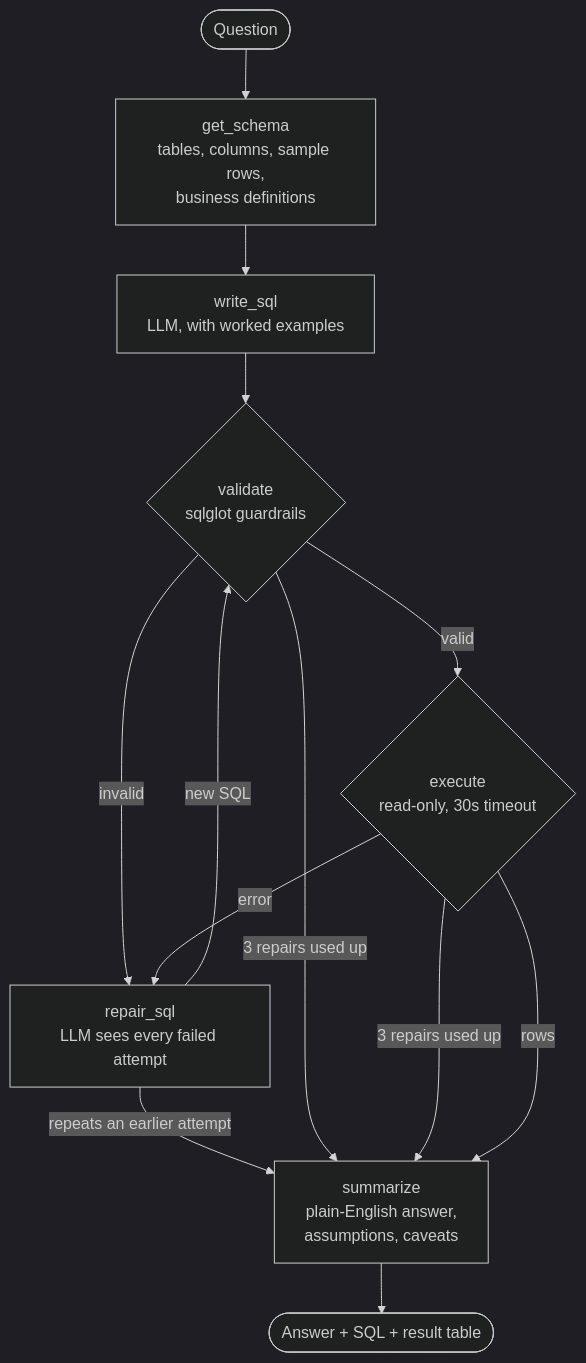
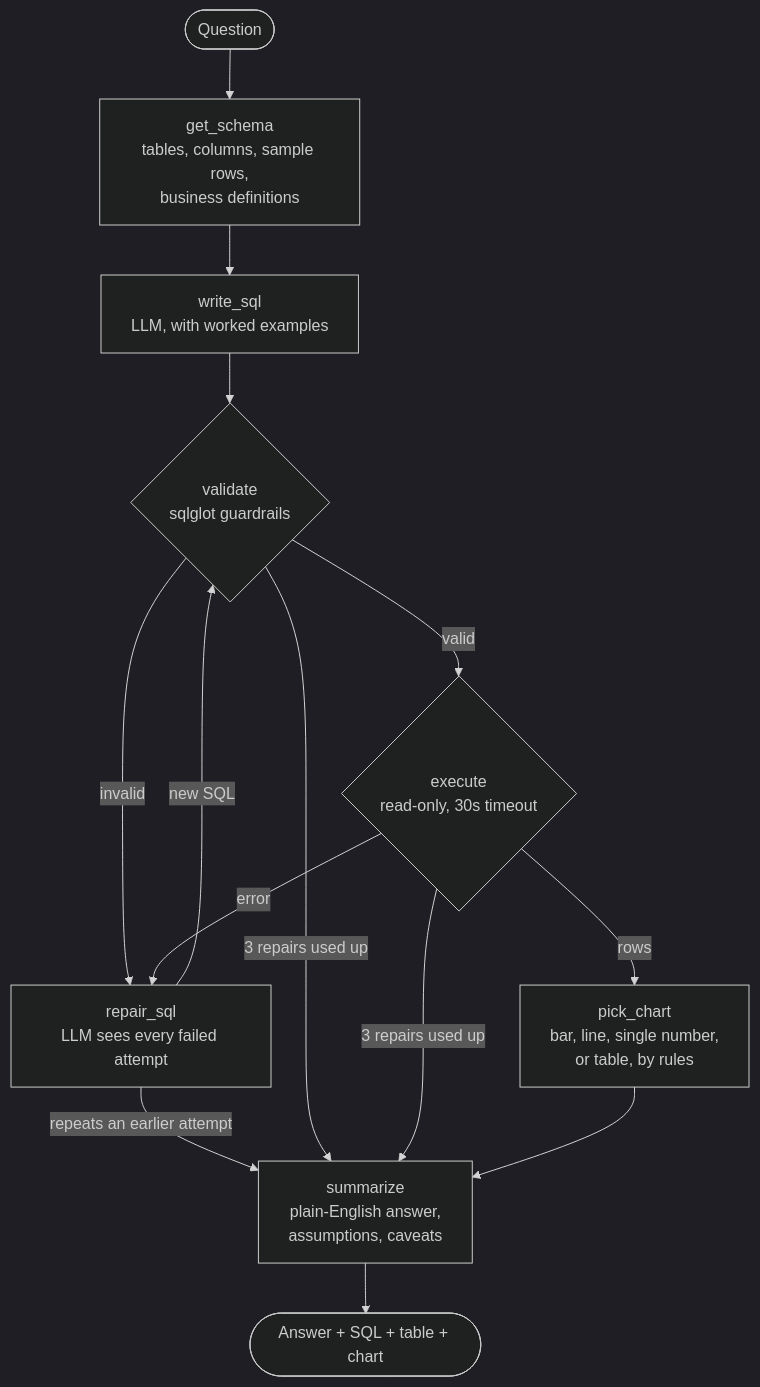
The second of 2 diagrams in README.md (MelcoolA/querypilot), drawn with Mermaid (dark theme) before and after one commit. The commit also changed other lines of this file and 13 other files, not shown here.

First line of the commit message:
Phase 3a: pick_chart step and streaming /ask API

````diff
--- a/README.md
+++ b/README.md
@@ -113,15 +115,16 @@
 ```mermaid
 flowchart TD
     Q([Question]) --> GS[get_schema<br/>tables, columns, sample rows,<br/>business definitions]
     GS --> WS[write_sql<br/>LLM, with worked examples]
     WS --> VA{validate<br/>sqlglot guardrails}
     VA -- valid --> EX{execute<br/>read-only, 30s timeout}
     VA -- invalid --> RS[repair_sql<br/>LLM sees every failed attempt]
     EX -- error --> RS
     RS -- new SQL --> VA
     RS -- repeats an earlier attempt --> SU
     VA -- 3 repairs used up --> SU
     EX -- 3 repairs used up --> SU
-    EX -- rows --> SU[summarize<br/>plain-English answer,<br/>assumptions, caveats]
-    SU --> A([Answer + SQL + result table])
+    EX -- rows --> PC[pick_chart<br/>bar, line, single number,<br/>or table, by rules]
+    PC --> SU[summarize<br/>plain-English answer,<br/>assumptions, caveats]
+    SU --> A([Answer + SQL + table + chart])
 ```
````
